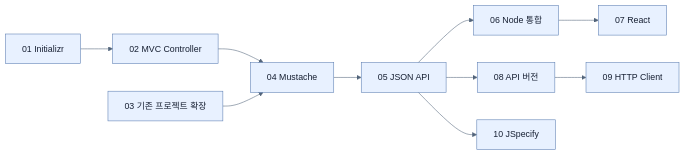
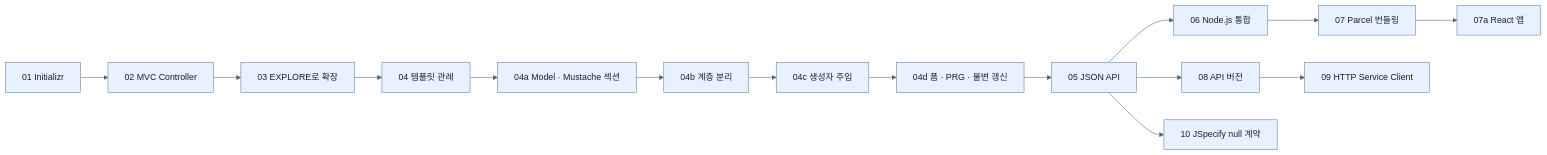
The first of 2 diagrams in spring-boot-4-pdf-notes/part-2-creating-an-application-with-spring-boot/chapter-2-creating-web-and-api-applications-with-spring-boot/_map.md (sing-u8/Learning_Spring_Boot_4), drawn with Mermaid before and after one commit. The commit also changed other lines of this file and 253 other files, not shown here.

````diff
--- a/spring-boot-4-pdf-notes/part-2-creating-an-application-with-spring-boot/chapter-2-creating-web-and-api-applications-with-spring-boot/_map.md
+++ b/spring-boot-4-pdf-notes/part-2-creating-an-application-with-spring-boot/chapter-2-creating-web-and-api-applications-with-spring-boot/_map.md
@@ -5,13 +7,18 @@
 ```mermaid
 %%{init: {'theme': 'base', 'themeVariables': {'background': '#ffffff', 'primaryColor': '#e8f1ff', 'primaryTextColor': '#172033', 'primaryBorderColor': '#5b7db1', 'lineColor': '#52647a', 'secondaryColor': '#f7fbff', 'tertiaryColor': '#fff7df'}}}%%
 flowchart LR
-    I[01 Initializr] --> C[02 MVC Controller]
-    C --> T[04 Mustache]
-    T --> A[05 JSON API]
-    A --> N[06 Node 통합]
-    N --> R[07 React]
-    A --> V[08 API 버전]
-    V --> H[09 HTTP Client]
-    A --> J[10 JSpecify]
-    X[03 기존 프로젝트 확장] --> T
+    I["01 Initializr"] --> C["02 MVC Controller"]
+    C --> X["03 EXPLORE로 확장"]
+    X --> T["04 템플릿 관례"]
+    T --> D["04a Model · Mustache 섹션"]
+    D --> L["04b 계층 분리"]
+    L --> J["04c 생성자 주입"]
+    J --> F["04d 폼 · PRG · 불변 갱신"]
+    F --> A["05 JSON API"]
+    A --> N["06 Node.js 통합"]
+    N --> B["07 Parcel 번들링"]
+    B --> R["07a React 앱"]
+    A --> V["08 API 버전"]
+    V --> H["09 HTTP Service Client"]
+    A --> S["10 JSpecify null 계약"]
 ```
````
